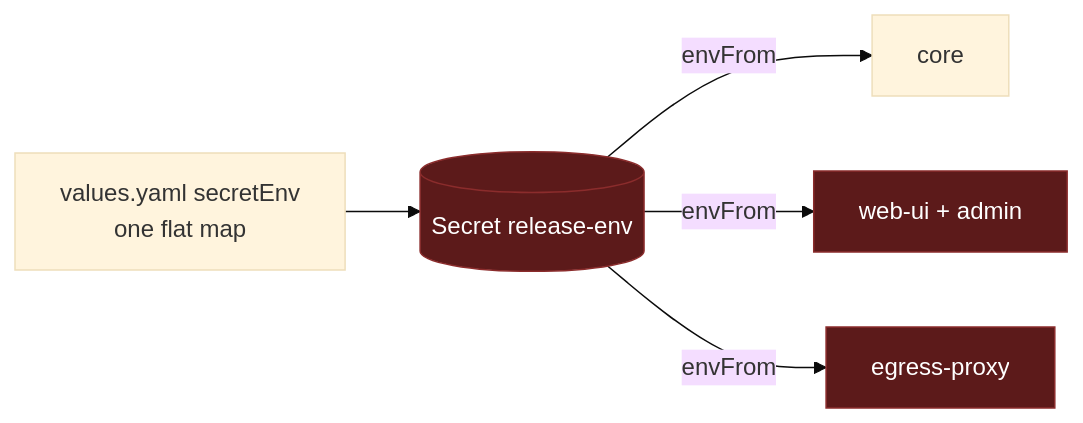
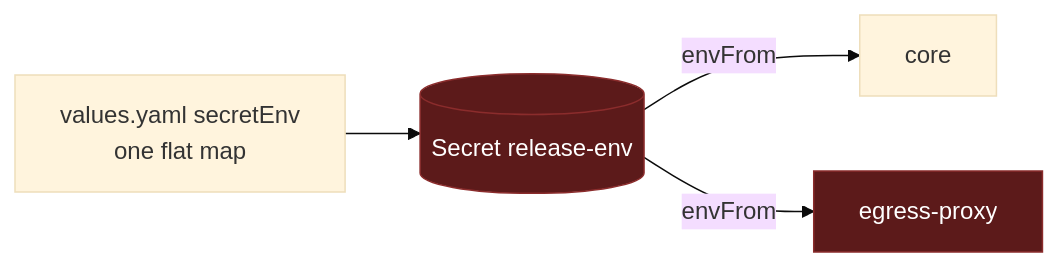
Before and after one commit to agentsky/qm: the first of 2 diagrams in docs/helm-per-service-secrets.md, drawn with Mermaid (base theme). The commit also changed other lines of this file and 417 other files, not shown here.

First line of the commit message:
Remove the web-ui and admin plugins

````diff
--- a/docs/helm-per-service-secrets.md
+++ b/docs/helm-per-service-secrets.md
@@ -37,16 +37,14 @@
 ```mermaid
 graph LR
   V["values.yaml secretEnv<br/>one flat map"]
   S[("Secret release-env")]
   Core["core"]
-  Web["web-ui + admin"]
   Egress["egress-proxy"]
 
   V --> S
   S -->|"envFrom"| Core
-  S -->|"envFrom"| Web
   S -->|"envFrom"| Egress
 
   classDef bad fill:#5c1a1a,stroke:#8b2c2c,color:#fff
-  class S,Web,Egress bad
+  class S,Egress bad
 ```
````
